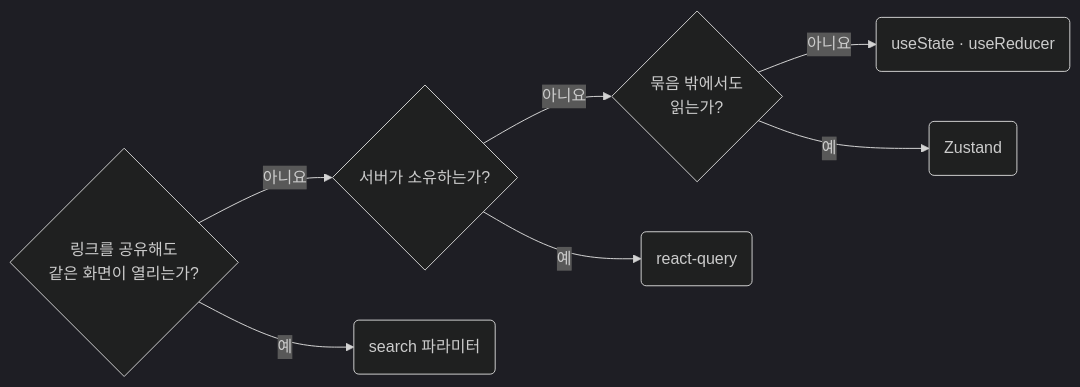
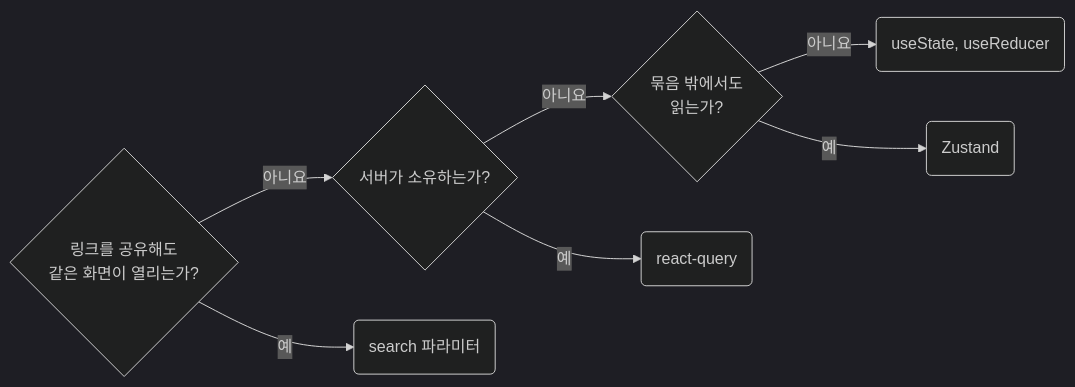
One commit to minu-ha/agent-conventions changed the diagram in skill/react/rules/08-02-state-choose-state-tools-by-source-of-truth.md. Above: the diagram before and after it, drawn with Mermaid (dark theme). The commit also changed other lines of this file and 194 other files, not shown here.

````diff
--- a/skill/react/rules/08-02-state-choose-state-tools-by-source-of-truth.md
+++ b/skill/react/rules/08-02-state-choose-state-tools-by-source-of-truth.md
@@ -24,7 +24,7 @@
 ```mermaid
 flowchart LR
-	q1{"링크를 공유해도<br>같은 화면이 열리는가?"} -- 아니요 --> q2{"서버가 소유하는가?"} -- 아니요 --> q3{"묶음 밖에서도<br>읽는가?"} -- 아니요 --> r4("useState · useReducer")
+	q1{"링크를 공유해도<br>같은 화면이 열리는가?"} -- 아니요 --> q2{"서버가 소유하는가?"} -- 아니요 --> q3{"묶음 밖에서도<br>읽는가?"} -- 아니요 --> r4("useState, useReducer")
 	q1 -- 예 --> r1("search 파라미터")
 	q2 -- 예 --> r2("react-query")
 	q3 -- 예 --> r3("Zustand")
 ```
````
